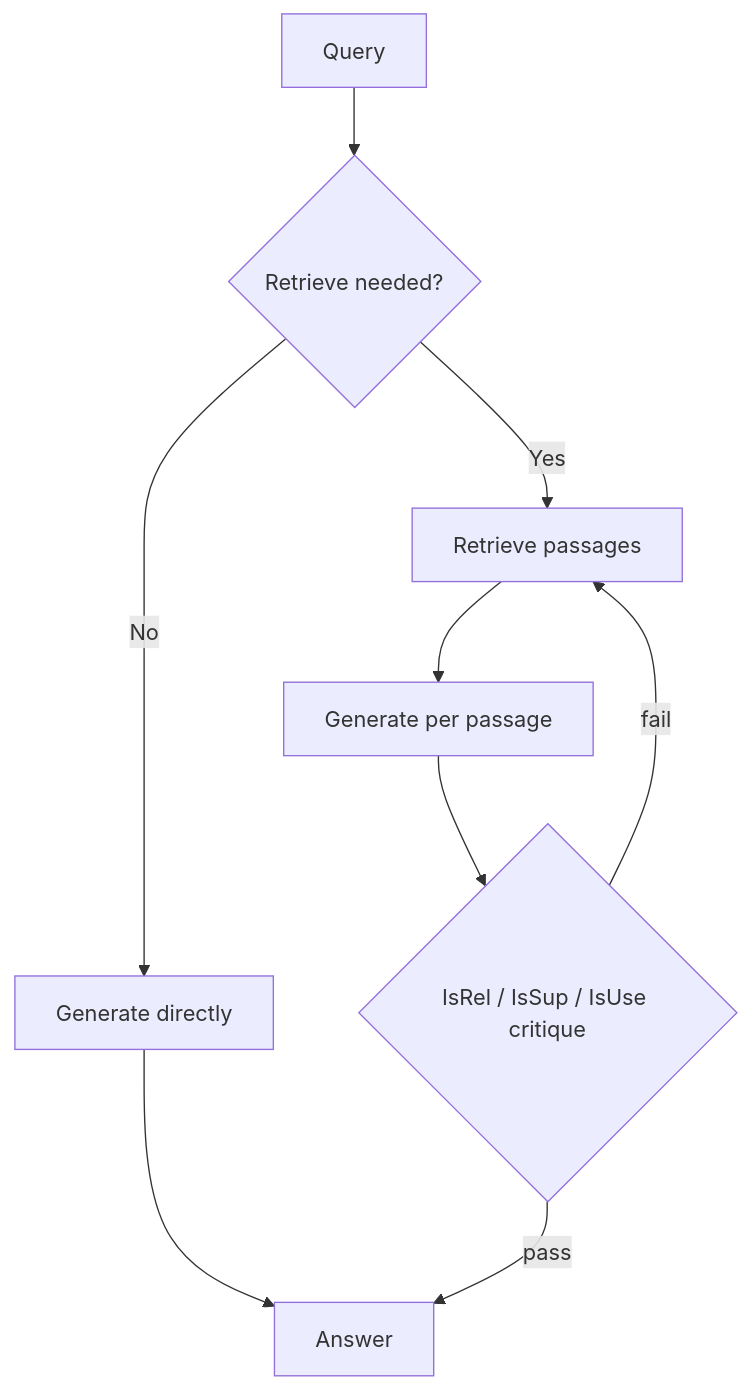
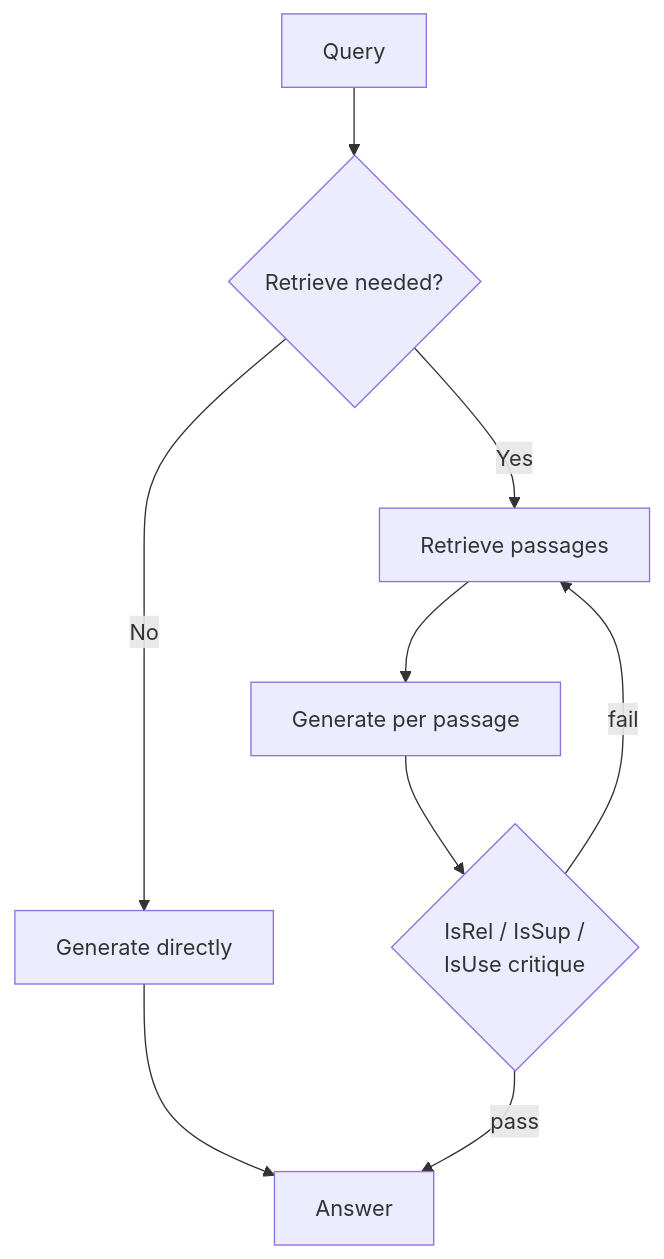
Before and after one commit to ajay-nikumbh/RAG-From-Basics-to-Production: the diagram in 08. Self RAG/README.md, drawn with Mermaid. The commit also changed other lines of this file and 38 other files, not shown here.

First line of the commit message:
Group root README by pattern, widen tables, wrap diagram labels

````diff
--- a/08. Self RAG/README.md
+++ b/08. Self RAG/README.md
@@ -24,9 +24,9 @@
 ```mermaid
 flowchart TB
     Q[Query] --> D{Retrieve needed?}
     D -- No --> G0[Generate directly] --> A[Answer]
     D -- Yes --> R[Retrieve passages] --> G[Generate per passage]
-    G --> C{IsRel / IsSup / IsUse critique}
+    G --> C{IsRel / IsSup /<br/>IsUse critique}
     C -- pass --> A
     C -- fail --> R
 ```
````
